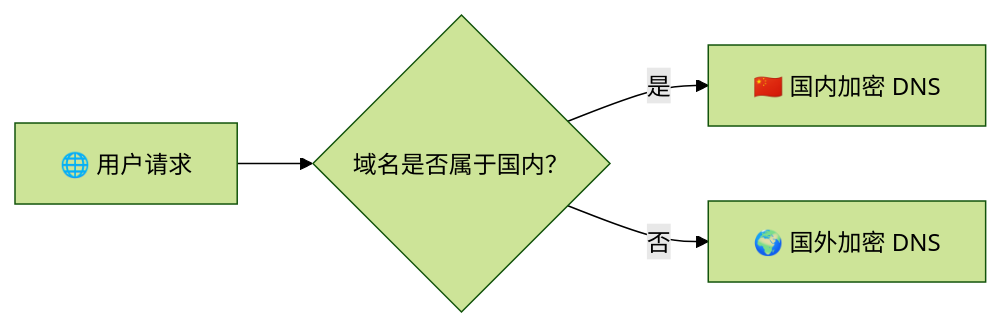
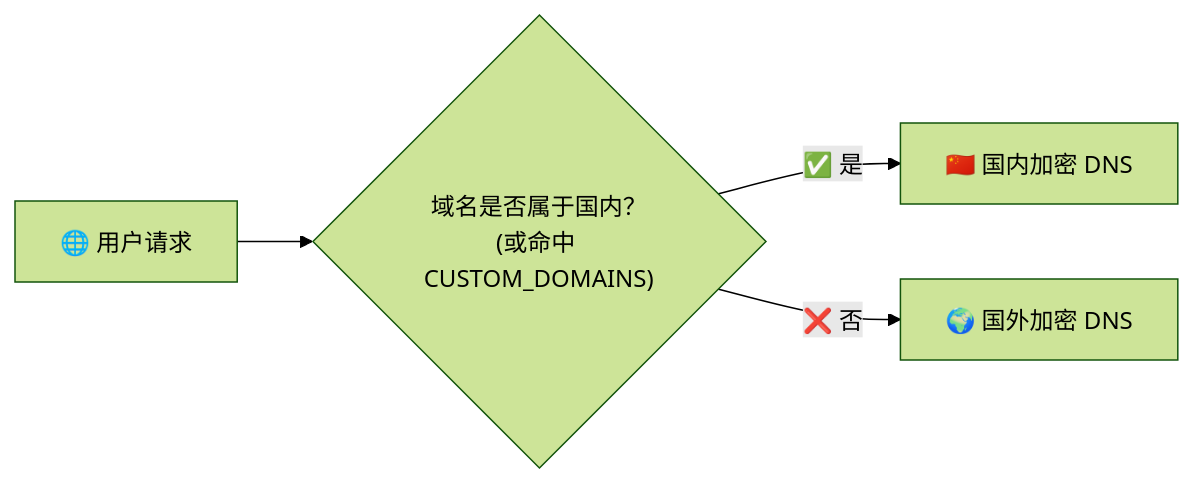
The fourth of 5 diagrams in README.md (LianXia233/adguard-china-dns), drawn with Mermaid (forest theme) before and after one commit. The commit also changed other lines of this file, not shown here.

````diff
--- a/README.md
+++ b/README.md
@@ -72,17 +121,6 @@
 ```mermaid
 flowchart LR
-
-Client["🌐 用户请求"]
-
-Judge{"域名是否属于国内？"}
-
-CN["🇨🇳 国内加密 DNS"]
-
-GLOBAL["🌍 国外加密 DNS"]
-
-Client --> Judge
-
-Judge -->|是| CN
-
-Judge -->|否| GLOBAL
+    Client["🌐 用户请求"] --> Judge{"域名是否属于国内？<br/>(或命中 CUSTOM_DOMAINS)"}
+    Judge -->|✅ 是| CN["🇨🇳 国内加密 DNS"]
+    Judge -->|❌ 否| GLOBAL["🌍 国外加密 DNS"]
 ```
````
